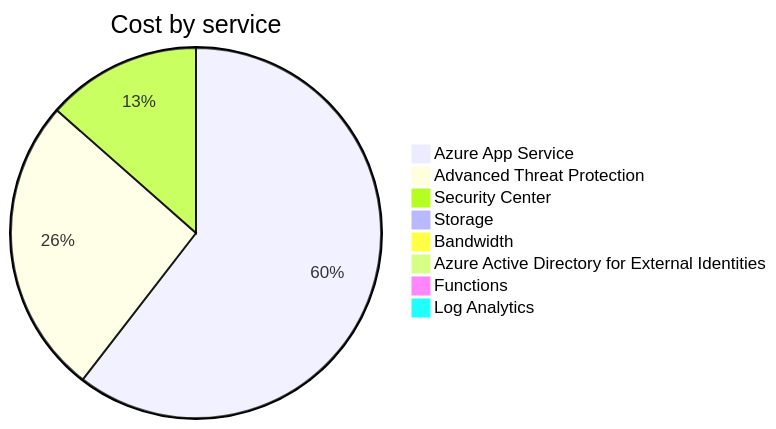
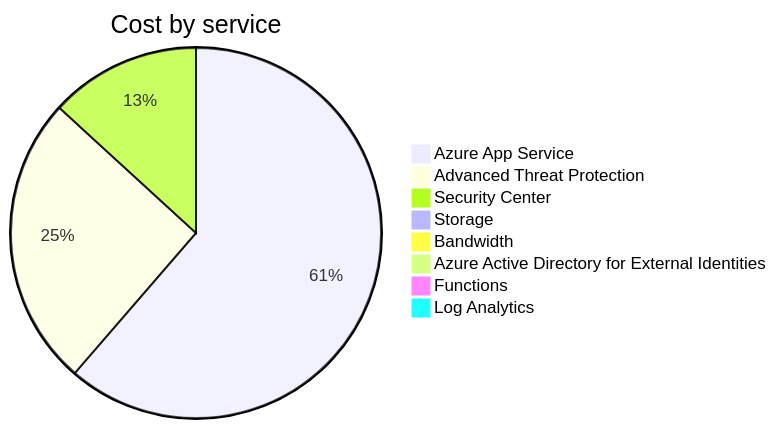
The second of 4 diagrams in cost-reports/personal-site/README.md (jpfulton/azure-personal-reports), drawn with Mermaid before and after one commit. The commit also changed other lines of this file and 7 other files, not shown here.

````diff
--- a/cost-reports/personal-site/README.md
+++ b/cost-reports/personal-site/README.md
@@ -100,12 +100,12 @@
 ```mermaid
 pie
    title Cost by service
-   "Azure App Service" : 16.49
+   "Azure App Service" : 17.11
    "Advanced Threat Protection" : 7.10
    "Security Center" : 3.68
    "Storage" : 0.09
    "Bandwidth" : 0.00
    "Azure Active Directory for External Identities" : 0.00
    "Functions" : 0.00
    "Log Analytics" : 0.00
 ```
````
